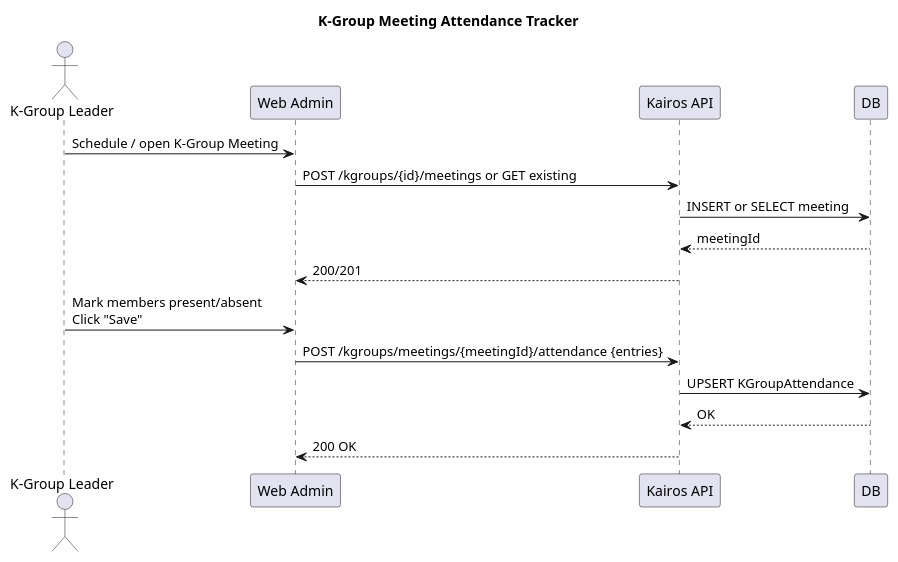
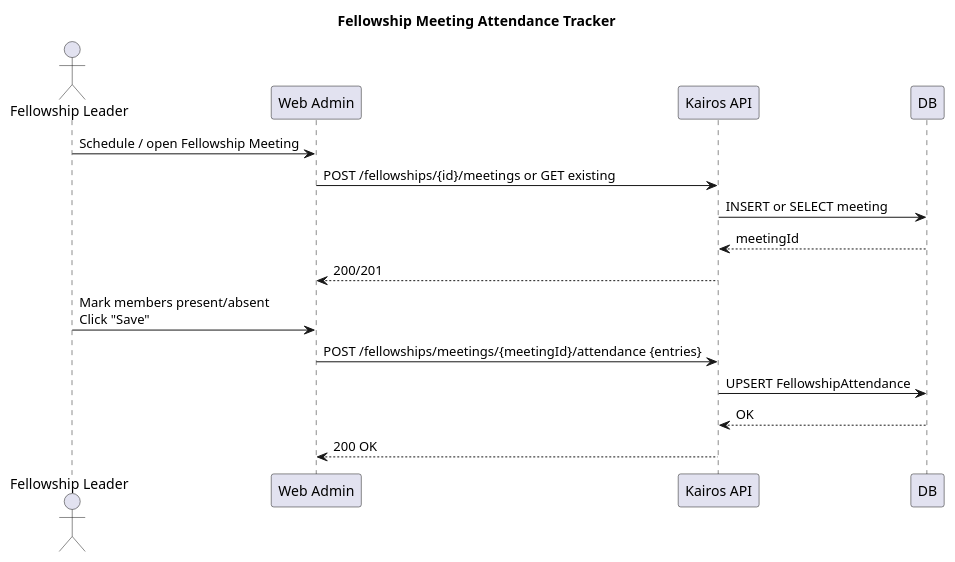
The diagram in architecture/sequences/kgroup-management/kairos-kgroup-meeting-attendance-sequence.puml (kharis-min-tech/kairos), drawn with PlantUML before and after one commit. The commit also changed 101 other files, not shown here.

Commit message:
rewiring the repo and architecture

```diff
--- a/architecture/sequences/kgroup-management/kairos-kgroup-meeting-attendance-sequence.puml
+++ b/architecture/sequences/kgroup-management/kairos-kgroup-meeting-attendance-sequence.puml
@@ -1,21 +1,21 @@
-@startuml kairos-kgroup-meeting-attendance-sequence
-title K-Group Meeting Attendance Tracker
+@startuml kairos-fellowship-meeting-attendance-sequence
+title Fellowship Meeting Attendance Tracker
 
-actor "K-Group Leader" as Leader
+actor "Fellowship Leader" as Leader
 participant "Web Admin" as WebAdmin
 participant "Kairos API" as API
 participant "DB" as DB
 
-Leader -> WebAdmin: Schedule / open K-Group Meeting
-WebAdmin -> API: POST /kgroups/{id}/meetings or GET existing
+Leader -> WebAdmin: Schedule / open Fellowship Meeting
+WebAdmin -> API: POST /fellowships/{id}/meetings or GET existing
 API -> DB: INSERT or SELECT meeting
 DB --> API: meetingId
 API --> WebAdmin: 200/201
 
 Leader -> WebAdmin: Mark members present/absent\nClick "Save"
-WebAdmin -> API: POST /kgroups/meetings/{meetingId}/attendance {entries}
-API -> DB: UPSERT KGroupAttendance
+WebAdmin -> API: POST /fellowships/meetings/{meetingId}/attendance {entries}
+API -> DB: UPSERT FellowshipAttendance
 DB --> API: OK
 API --> WebAdmin: 200 OK
 
 @enduml
```
